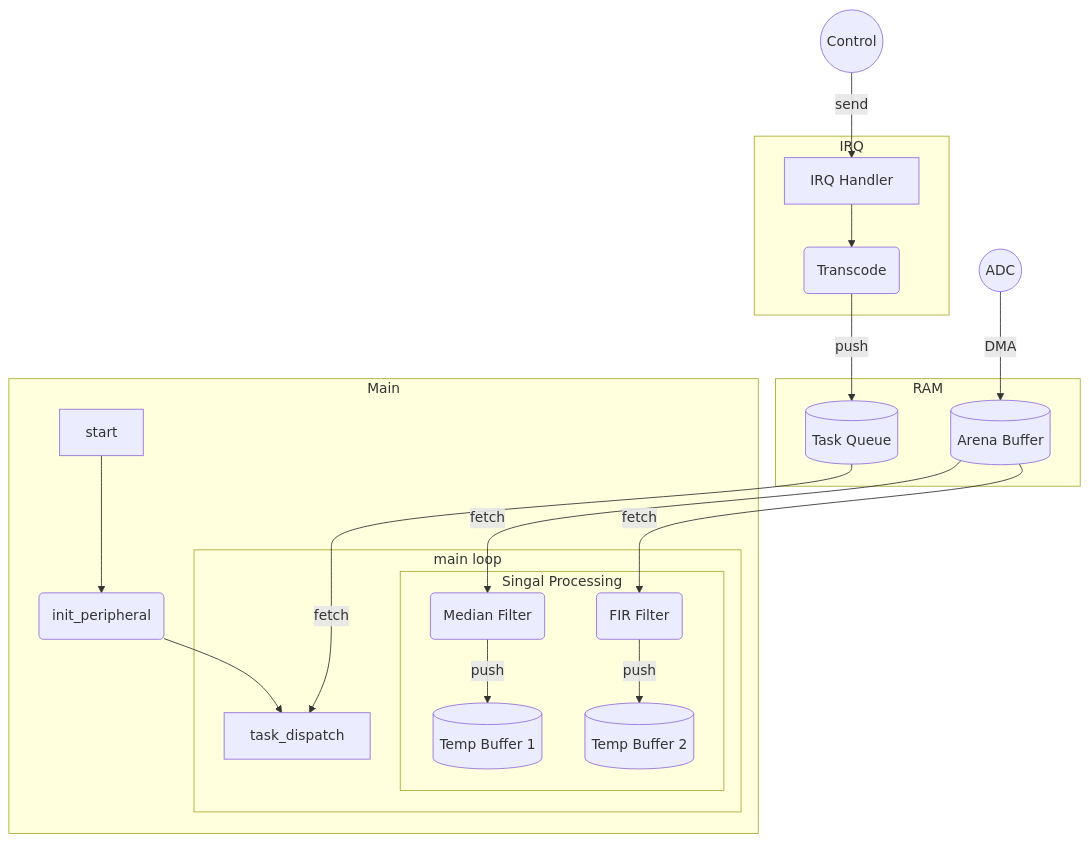
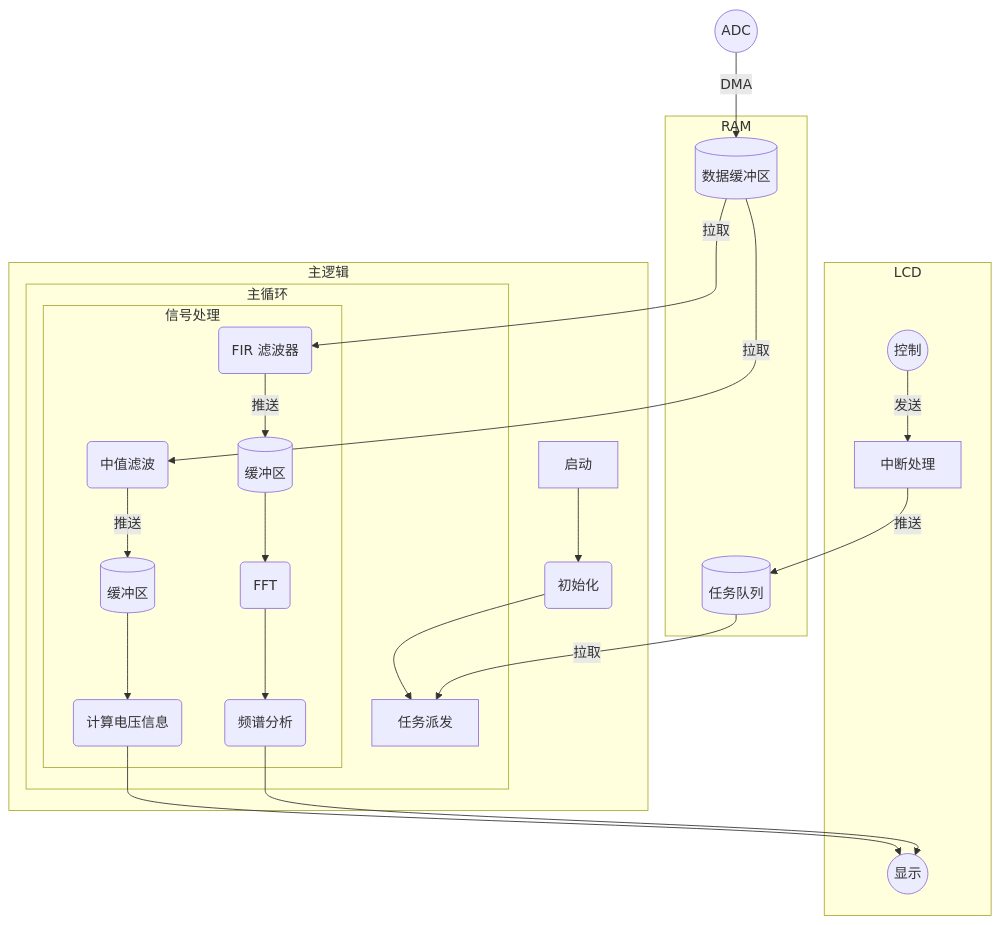
Before and after one commit to su011307/2026-g: the first of 3 diagrams in report.md, drawn with Mermaid. The commit also changed other lines of this file and 4 other files, not shown here.

````diff
--- a/report.md
+++ b/report.md
@@ -1,45 +3,52 @@
 ```mermaid
 flowchart TD
     subgraph "RAM"
-        task_queue[("Task Queue")]
-        buffer[("Arena Buffer")]
+        task_queue[("任务队列")]
+        buffer[("数据缓冲区")]
     end
 
-    subgraph "IRQ"
-        handler["IRQ Handler"]
-        transcode("Transcode")
+    handler["中断处理"] --"推送"--> task_queue
 
-        handler --> transcode
-        transcode --"push"--> task_queue
+    subgraph "LCD"
+        command(("控制"))
+        command --"发送"--> handler
+
+        display(("显示"))
     end
 
-    command(("Control"))
-    command --"send"--> handler
-
-    subgraph "Main"
-        start["start"]
-        init("init_peripheral")
+    subgraph "主逻辑"
+        start["启动"]
+        init("初始化")
 
         start --> init
         init --> dispatch
 
-        subgraph "main loop"
-            dispatch["task_dispatch"]
-            task_queue --"fetch"--> dispatch
+        subgraph "主循环"
+            dispatch["任务派发"]
+            task_queue --"拉取"--> dispatch
 
-            subgraph "Singal Processing"
-                median("Median Filter")
-                med_buf[("Temp Buffer 1")]
-                fir_buf[("Temp Buffer 2")]
-                fir("FIR Filter")
+            subgraph "信号处理"
+                median("中值滤波")
+                med_buf[("缓冲区")]
+                fir_buf[("缓冲区")]
+                fir("FIR 滤波器")
+                voltage("计算电压信息")
+                fft("FFT")
+                spectrum("频谱分析")
 
-                buffer --"fetch"--> median
-                buffer --"fetch"--> fir
-                median --"push"--> med_buf
-                fir --"push"--> fir_buf
+                buffer --"拉取"--> median
+                buffer --"拉取"--> fir
+                median --"推送"--> med_buf
+                fir --"推送"--> fir_buf
+                med_buf --> voltage
+                fir_buf --> fft
+                fft --> spectrum
+                
+                voltage --> display
+                spectrum --> display
             end
         end
     end
 
     adc(("ADC")) --"DMA"--> buffer
 ```
````
